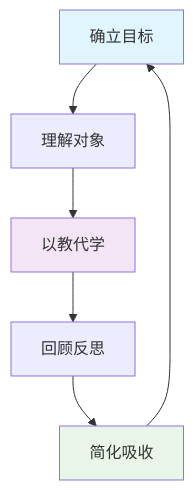
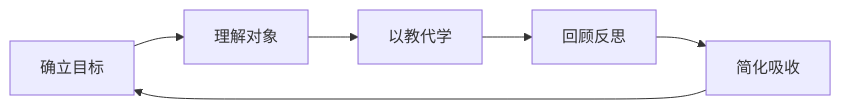
Before and after one commit to fangkun119/tech-page: the first of 46 diagrams in _posts/2025-11-08-book-01-feynman-approach.md, drawn with Mermaid. The commit also changed other lines of this file and 1 other file, not shown here.

Commit message:
feat: adjust diagram

````diff
--- a/_posts/2025-11-08-book-01-feynman-approach.md
+++ b/_posts/2025-11-08-book-01-feynman-approach.md
@@ -61,12 +61,8 @@
 ```mermaid
-graph TD
+graph LR
     A[确立目标] --> B[理解对象]
     B --> C[以教代学]
     C --> D[回顾反思]
     D --> E[简化吸收]
     E --> A
-
-    style A fill:#e1f5fe
-    style C fill:#f3e5f5
-    style E fill:#e8f5e8
 ```
````
